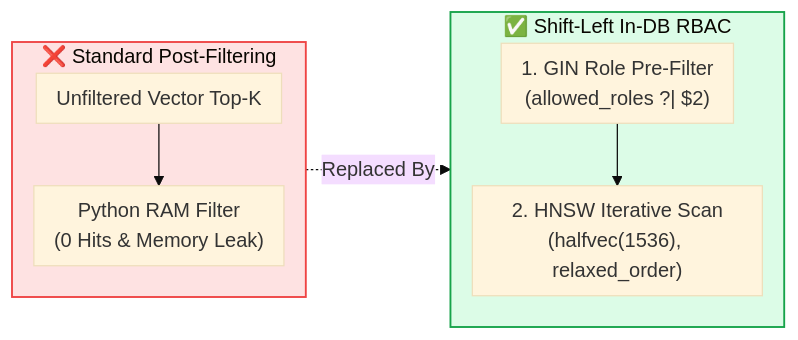
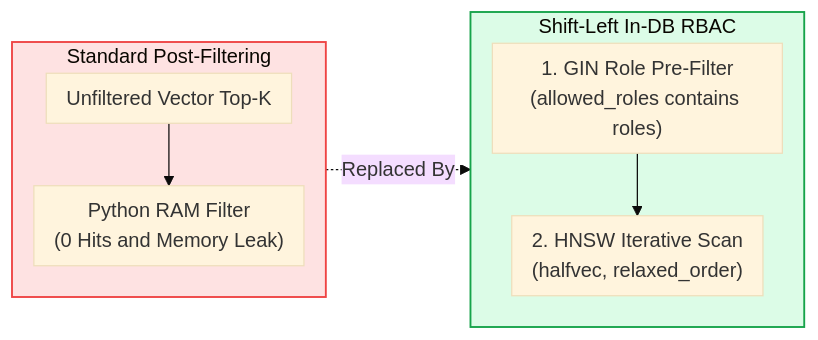
One commit to Kenono2000/enterprise-rag-pgvector-rbac changed the second of 10 diagrams in README.md. Above: the diagram before and after it, drawn with Mermaid (base theme). The commit also changed other lines of this file and 10 other files, not shown here.

First line of the commit message:
feat: Enhance HITL approval flow with checkpointing and decision endpoint

````diff
--- a/README.md
+++ b/README.md
@@ -48,15 +51,15 @@
 ```mermaid
 %%{init: {'flowchart': {'nodeSpacing': 15, 'rankSpacing': 25, 'padding': 8}}}%%
 flowchart LR
-    subgraph PostFilter ["❌ Standard Post-Filtering"]
+    subgraph PostFilter ["Standard Post-Filtering"]
         direction TB
-        PF1["Unfiltered Vector Top-K"] --> PF2["Python RAM Filter<br/>(0 Hits & Memory Leak)"]
+        PF1["Unfiltered Vector Top-K"] --> PF2["Python RAM Filter<br/>(0 Hits and Memory Leak)"]
     end
-    subgraph PreFilter ["✅ Shift-Left In-DB RBAC"]
+    subgraph PreFilter ["Shift-Left In-DB RBAC"]
         direction TB
-        GIN["1. GIN Role Pre-Filter<br/>(allowed_roles ?| $2)"] --> HNSW["2. HNSW Iterative Scan<br/>(halfvec(1536), relaxed_order)"]
+        GIN["1. GIN Role Pre-Filter<br/>(allowed_roles contains roles)"] --> HNSW["2. HNSW Iterative Scan<br/>(halfvec, relaxed_order)"]
     end
     PostFilter -.->|"Replaced By"| PreFilter
     style PostFilter fill:#fee2e2,stroke:#ef4444,stroke-width:1.5px
     style PreFilter fill:#dcfce7,stroke:#16a34a,stroke-width:1.5px
 ```
````
